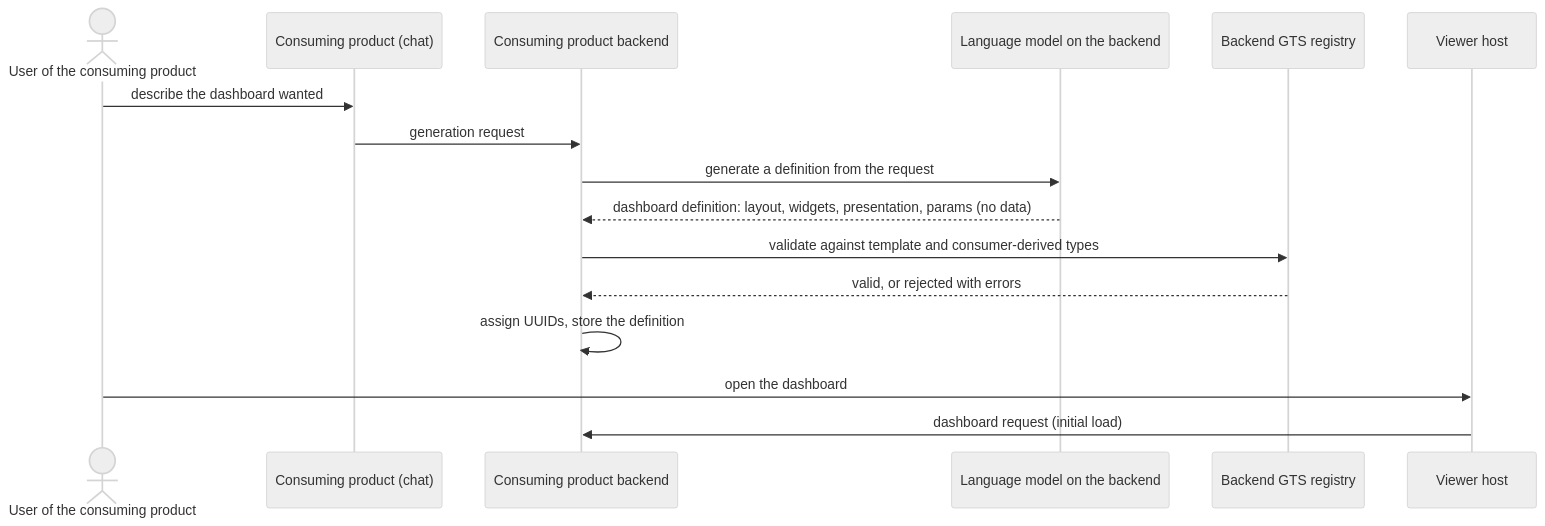
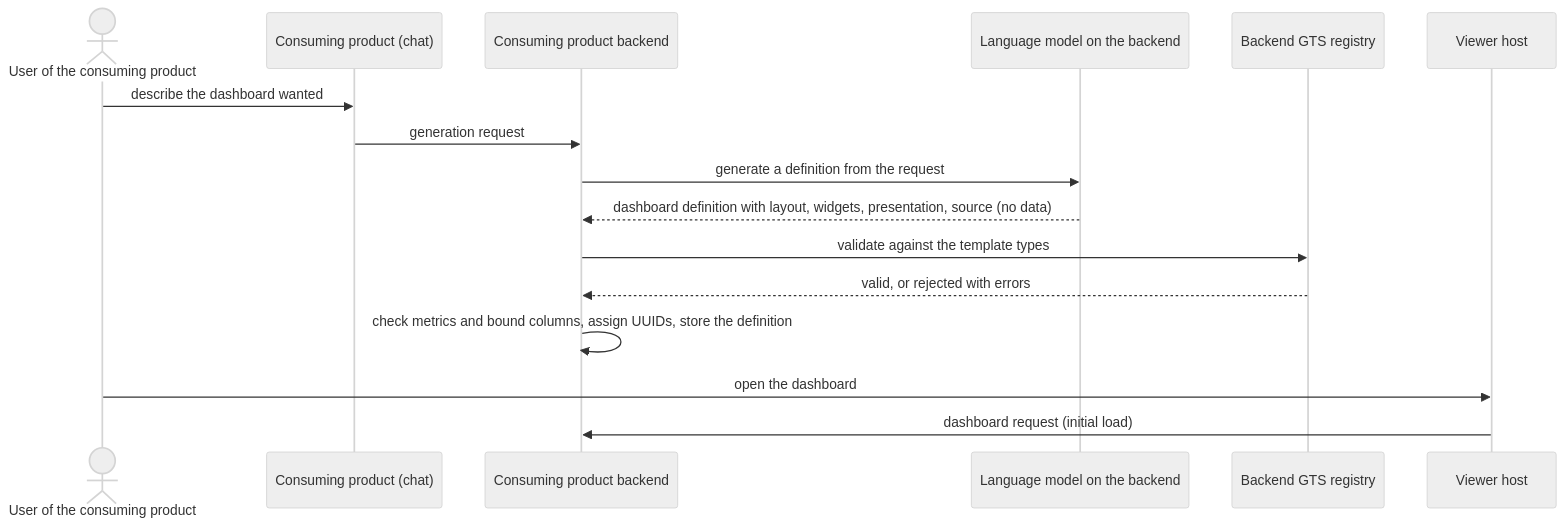
The eighth of 8 diagrams in template-dashboard/architecture/DESIGN.md (AndrejK666/gears-frontx-templates), drawn with Mermaid (neutral theme) before and after one commit. The commit also changed other lines of this file and 22 other files, not shown here.

Commit message:
docs(template-dashboard): per-widget metric requests and widget realizations

````diff
--- a/template-dashboard/architecture/DESIGN.md
+++ b/template-dashboard/architecture/DESIGN.md
@@ -930,19 +972,19 @@
 ```mermaid
 sequenceDiagram
     actor U as User of the consuming product
     participant CP as Consuming product (chat)
     participant BE as Consuming product backend
     participant LLM as Language model on the backend
     participant REG as Backend GTS registry
     participant VH as Viewer host
 
     U->>CP: describe the dashboard wanted
     CP->>BE: generation request
     BE->>LLM: generate a definition from the request
-    LLM-->>BE: dashboard definition: layout, widgets, presentation, params (no data)
-    BE->>REG: validate against template and consumer-derived types
+    LLM-->>BE: dashboard definition with layout, widgets, presentation, source (no data)
+    BE->>REG: validate against the template types
     REG-->>BE: valid, or rejected with errors
-    BE->>BE: assign UUIDs, store the definition
+    BE->>BE: check metrics and bound columns, assign UUIDs, store the definition
     U->>VH: open the dashboard
     VH->>BE: dashboard request (initial load)
 ```
````
